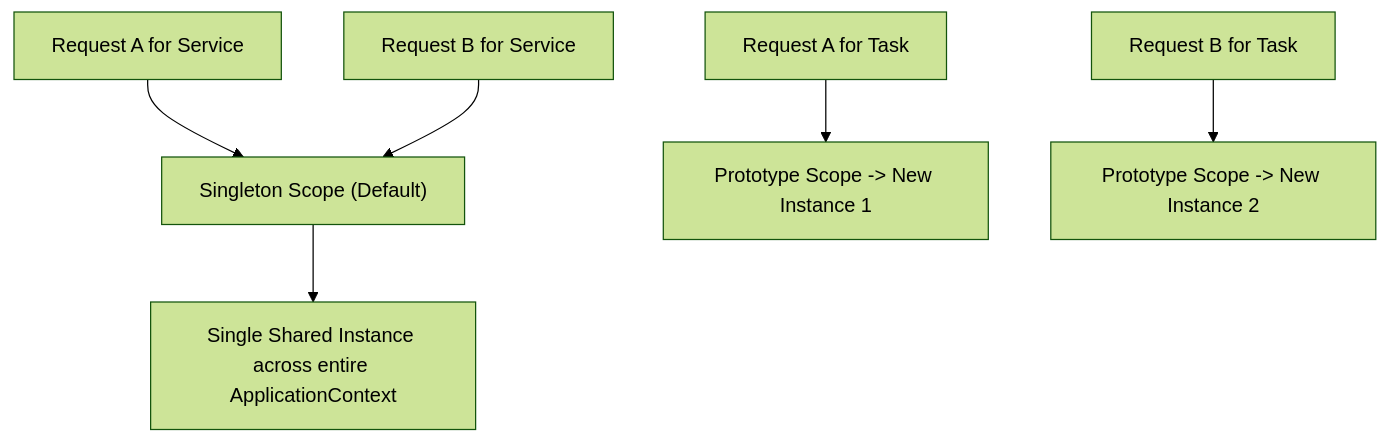
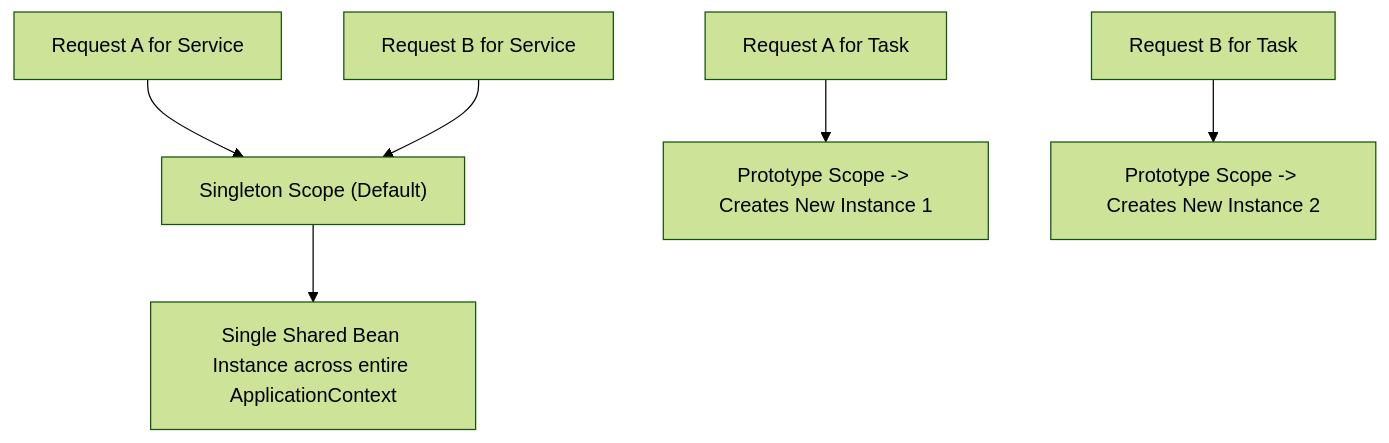
One commit to rohithgowda18/Notes changed the seventh of 23 diagrams in 06-Java-and-Spring-Boot/Spring Boot Interview Guide.md. Above: the diagram before and after it, drawn with Mermaid (forest theme). The commit also changed other lines of this file, not shown here.

````diff
--- a/06-Java-and-Spring-Boot/Spring Boot Interview Guide.md
+++ b/06-Java-and-Spring-Boot/Spring Boot Interview Guide.md
@@ -423,9 +393,9 @@
 ```mermaid
 flowchart TD
     Req1["Request A for Service"] --> S["Singleton Scope (Default)"]
     Req2["Request B for Service"] --> S
-    S --> Instance["Single Shared Instance across entire ApplicationContext"]
+    S --> Instance["Single Shared Bean Instance across entire ApplicationContext"]
 
-    Req3["Request A for Task"] --> P1["Prototype Scope -> New Instance 1"]
-    Req4["Request B for Task"] --> P2["Prototype Scope -> New Instance 2"]
+    Req3["Request A for Task"] --> P1["Prototype Scope -> Creates New Instance 1"]
+    Req4["Request B for Task"] --> P2["Prototype Scope -> Creates New Instance 2"]
 ```
````
